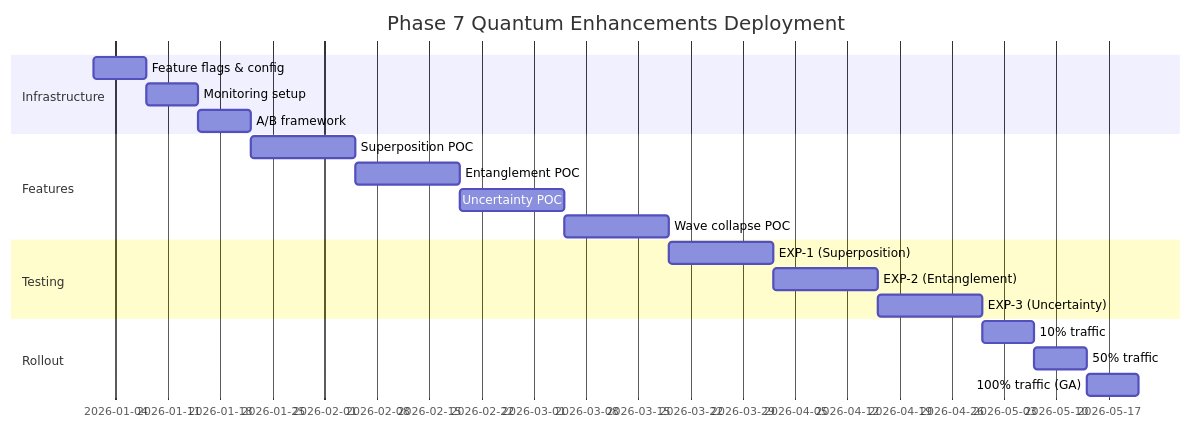
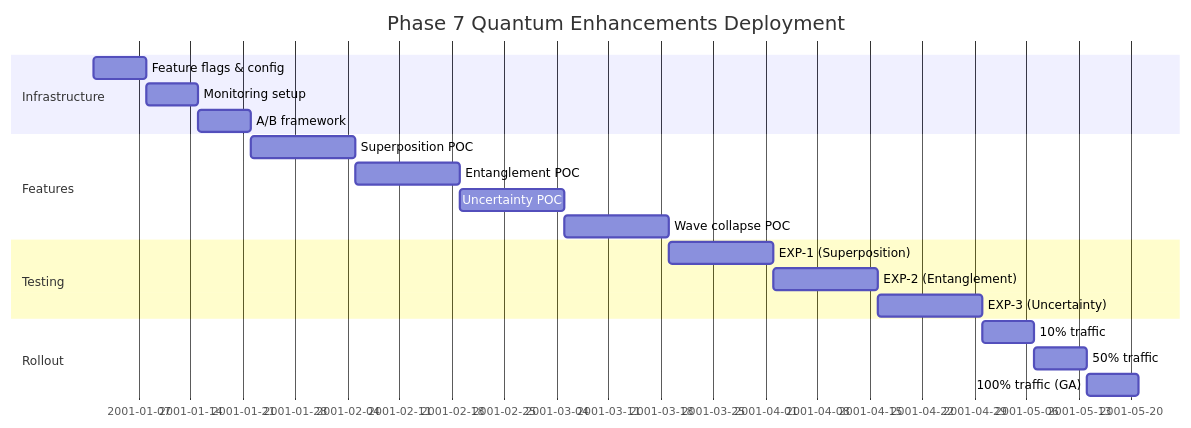
Before and after one commit to Aries-Serpent/_codex_: the second of 2 diagrams in .github/agents/PHASE_7_QUANTUM_ENHANCEMENTS.md, drawn with Mermaid. The commit also changed other lines of this file and 1179 other files, not shown here.

````diff
--- a/.github/agents/PHASE_7_QUANTUM_ENHANCEMENTS.md
+++ b/.github/agents/PHASE_7_QUANTUM_ENHANCEMENTS.md
@@ -1405,25 +1405,25 @@
 ```mermaid
 gantt
     title Phase 7 Quantum Enhancements Deployment
     dateFormat YYYY-MM-DD
     section Infrastructure
-    Feature flags & config       :2026-01-01, 7d
-    Monitoring setup             :2026-01-08, 7d
-    A/B framework                :2026-01-15, 7d
+    Feature flags & config       :Current Cycle-01-01, 7d
+    Monitoring setup             :Current Cycle-01-08, 7d
+    A/B framework                :Current Cycle-01-15, 7d
     
     section Features
-    Superposition POC            :2026-01-22, 14d
-    Entanglement POC             :2026-02-05, 14d
-    Uncertainty POC              :2026-02-19, 14d
-    Wave collapse POC            :2026-03-05, 14d
+    Superposition POC            :Current Cycle-01-22, 14d
+    Entanglement POC             :Current Cycle-02-05, 14d
+    Uncertainty POC              :Current Cycle-02-19, 14d
+    Wave collapse POC            :Current Cycle-03-05, 14d
     
     section Testing
-    EXP-1 (Superposition)        :2026-03-19, 14d
-    EXP-2 (Entanglement)         :2026-04-02, 14d
-    EXP-3 (Uncertainty)          :2026-04-16, 14d
+    EXP-1 (Superposition)        :Current Cycle-03-19, 14d
+    EXP-2 (Entanglement)         :Current Cycle-04-02, 14d
+    EXP-3 (Uncertainty)          :Current Cycle-04-16, 14d
     
     section Rollout
-    10% traffic                  :2026-04-30, 7d
-    50% traffic                  :2026-05-07, 7d
-    100% traffic (GA)            :2026-05-14, 7d
+    10% traffic                  :Current Cycle-04-30, 7d
+    50% traffic                  :Current Cycle-05-07, 7d
+    100% traffic (GA)            :Current Cycle-05-14, 7d
 ```
````
